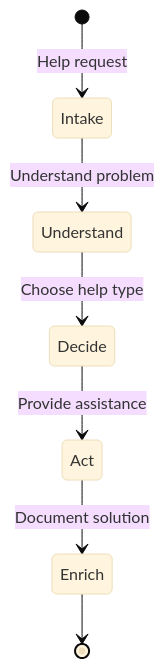
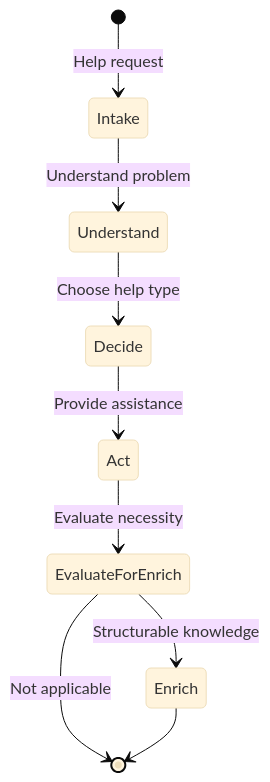
Before and after one commit to netomantonio/matrix-protocol: diagram 13 of 14 in ZWF_ZION_WORKFLOW_FRAMEWORK.md, drawn with Mermaid (base theme). The commit also changed other lines of this file, not shown here.

````diff
--- a/ZWF_ZION_WORKFLOW_FRAMEWORK.md
+++ b/ZWF_ZION_WORKFLOW_FRAMEWORK.md
@@ -1613,9 +2162,11 @@
 ```mermaid
 stateDiagram-v2
     [*] --> Intake: Help request
     Intake --> Understand: Understand problem
     Understand --> Decide: Choose help type
     Decide --> Act: Provide assistance
-    Act --> Enrich: Document solution
+    Act --> EvaluateForEnrich: Evaluate necessity
+    EvaluateForEnrich --> Enrich: Structurable knowledge
+    EvaluateForEnrich --> [*]: Not applicable
     Enrich --> [*]
 ```
````
